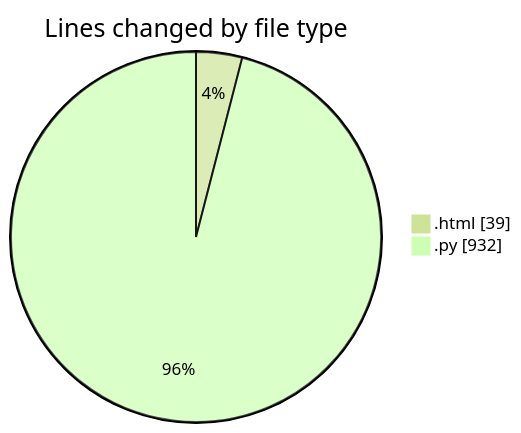
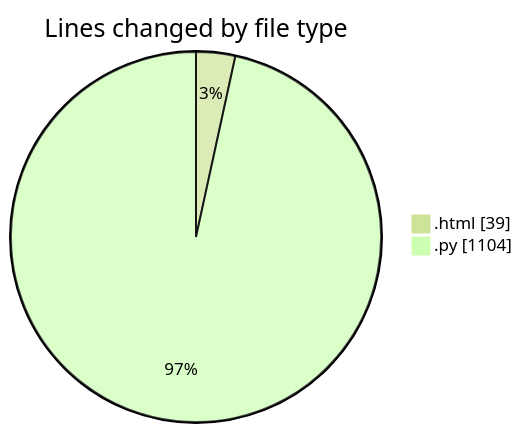
One commit to Ritupan-Deka/code-tracking changed the first of 2 diagrams in 2025-06-22/___base/README.md. Above: the diagram before and after it, drawn with Mermaid (forest theme). The commit also changed other lines of this file and 1 other file, not shown here.

````diff
--- a/2025-06-22/___base/README.md
+++ b/2025-06-22/___base/README.md
@@ -21,6 +21,6 @@
 ```mermaid
 pie showData
 title Lines changed by file type
 ".html" : 39
-".py" : 932
+".py" : 1104
 ```
````
